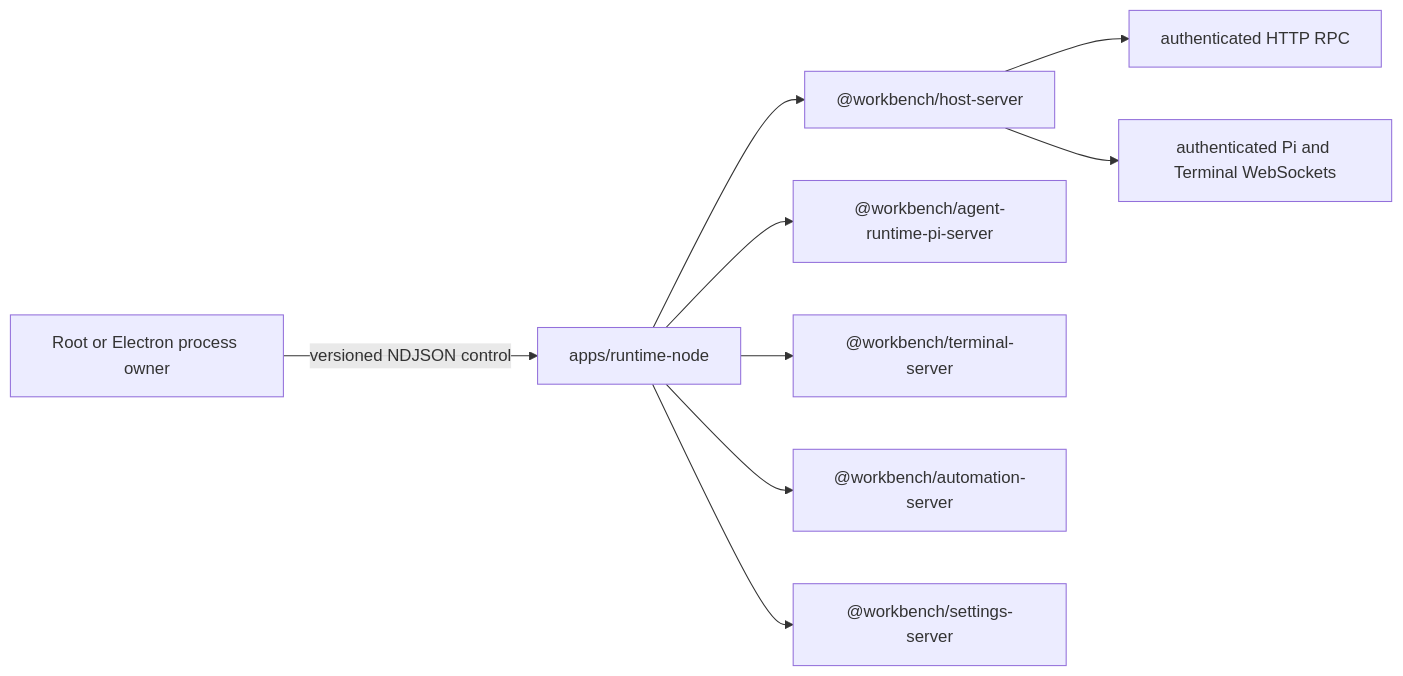
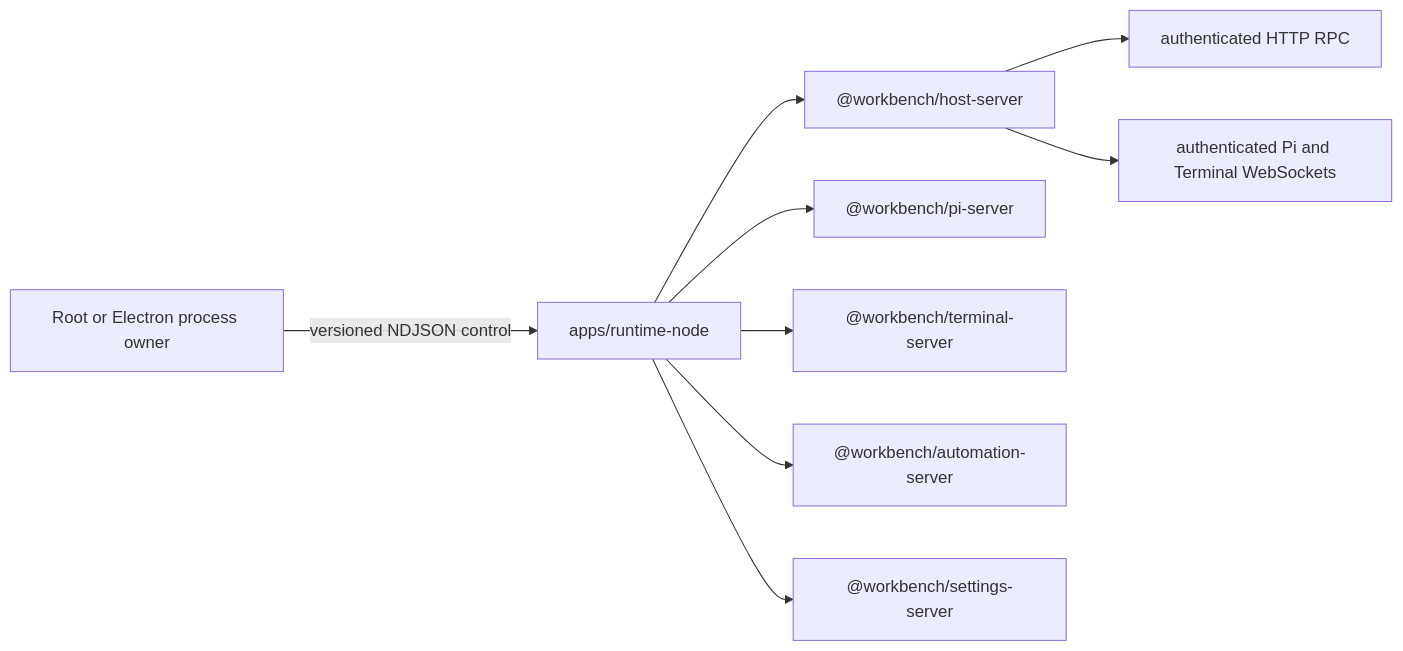
One commit to yyy0107/pi-workbench changed the diagram in apps/runtime-node/README.md. Above: the diagram before and after it, drawn with Mermaid. The commit also changed other lines of this file and 2003 other files, not shown here.

````diff
--- a/apps/runtime-node/README.md
+++ b/apps/runtime-node/README.md
@@ -8,11 +8,11 @@
 ```mermaid
 flowchart LR
   OWNER["Root or Electron process owner"] -->|"versioned NDJSON control"| APP["apps/runtime-node"]
   APP --> HOST["@workbench/host-server"]
-  APP --> PI["@workbench/agent-runtime-pi-server"]
+  APP --> PI["@workbench/pi-server"]
   APP --> TERMINAL["@workbench/terminal-server"]
   APP --> AUTOMATION["@workbench/automation-server"]
   APP --> SETTINGS["@workbench/settings-server"]
   HOST --> HTTP["authenticated HTTP RPC"]
   HOST --> WS["authenticated Pi and Terminal WebSockets"]
 ```
````
